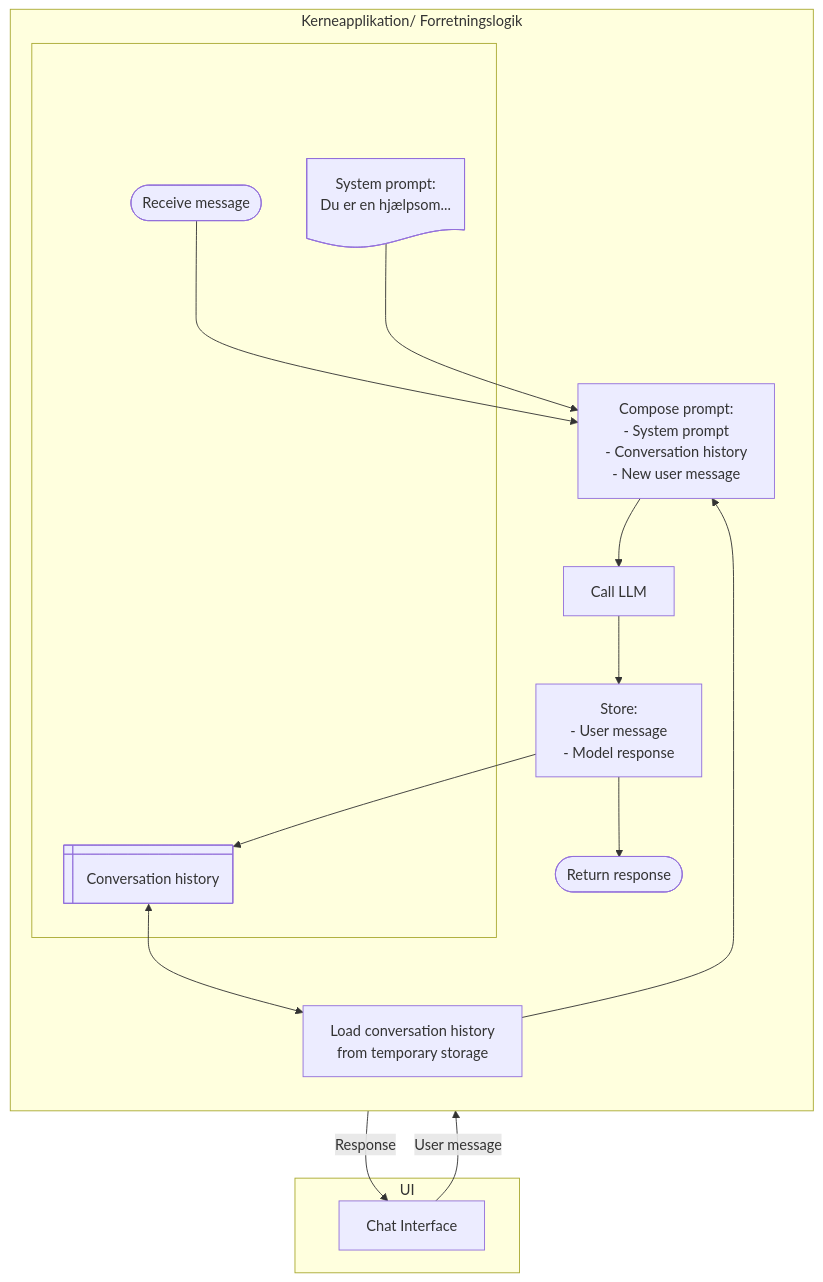
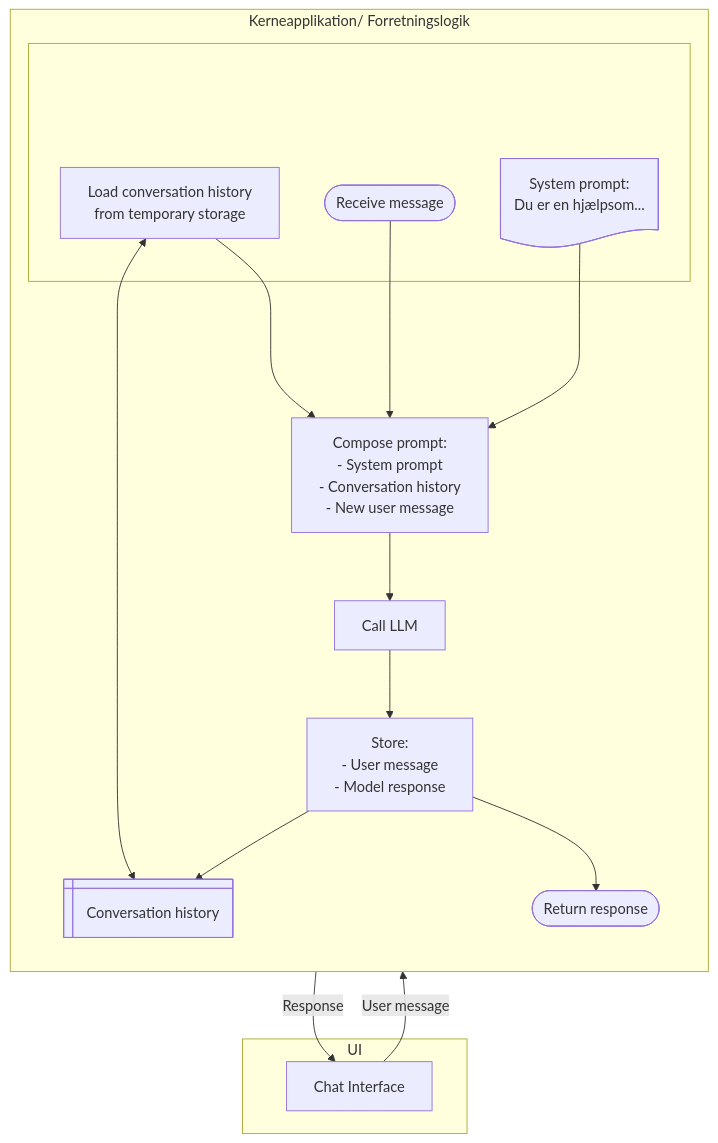
The diagram in docs/minimumskrav/AI_loesningseksempler/simpleste_chat.md (OS2sandbox/public-genai-governance), drawn with Mermaid before and after one commit.

Commit message:
Okay I continue trying - it gotta work

````diff
--- a/docs/minimumskrav/AI_loesningseksempler/simpleste_chat.md
+++ b/docs/minimumskrav/AI_loesningseksempler/simpleste_chat.md
@@ -6,53 +6,53 @@
 ```mermaid
 flowchart TD
     classDef inViz fill:None,stroke-width:0px;
 
     subgraph UI["UI"]
         chat["Chat Interface"]
     end
 
     chat -->|User message| start
 
     subgraph core["Kerneapplikation/ Forretningslogik"]
         direction TB
         
         subgraph inputSrcs[" "]
 
             inVizAnchor:::inViz@{shape: junction}
-
-            storage@{ shape: win-pane, label: "Conversation history" }
             start([Receive message])
             prompt@{ shape: doc, label: "System prompt: 
                                          Du er en hjælpsom..." }
+            ctx["Load conversation history
+                from temporary storage"]
                                          
-            inVizAnchor ~~~ storage 
+            inVizAnchor ~~~ ctx
             inVizAnchor ~~~ start
             inVizAnchor ~~~ prompt
-        
+            
 
         end
         
-        ctx["Load conversation history
-             from temporary storage"]
+        storage@{ shape: win-pane, label: "Conversation history" }
              
         compose["Compose prompt:
                 - System prompt
                 - Conversation history
                 - New user message"]
 
         callModel["Call LLM"]
 
         store["Store:
                - User message
                - Model response"]
 
         respond([Return response])
 
-        storage <--> ctx --> compose --> callModel --> store --> storage
+        ctx <--> storage 
+        ctx --> compose --> callModel --> store --> storage
         start ---> compose 
         prompt ---> compose
         store --> respond
     end
 
     respond -->|Response| chat
 ```
````
